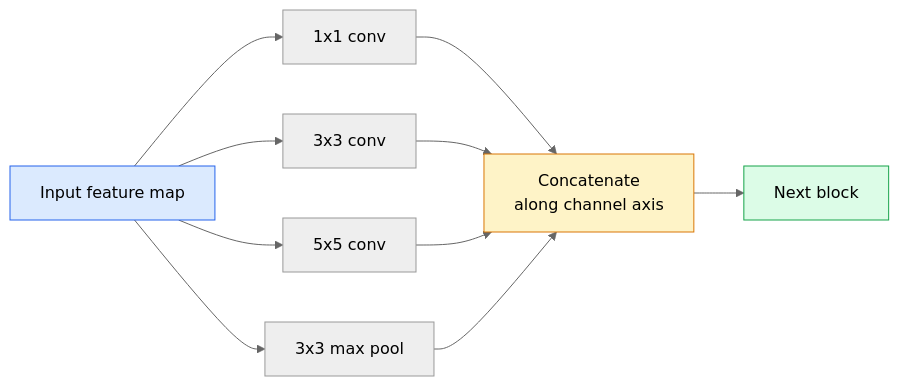
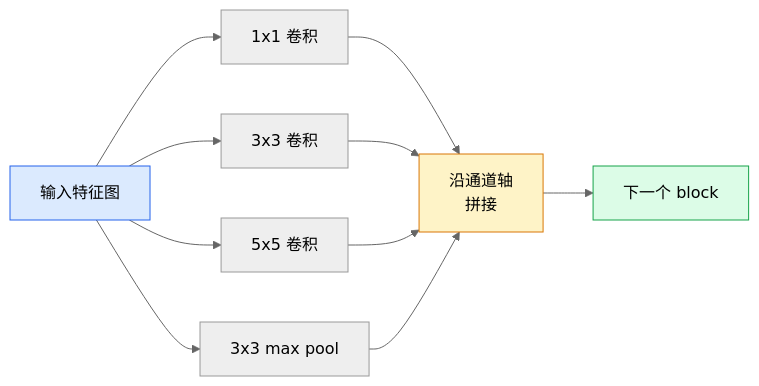
Before and after one commit to JerryC8080/ai-engineering-from-scratch-zh: the second of 3 diagrams in phases/04-computer-vision/03-cnns-lenet-to-resnet/docs/zh.md, drawn with Mermaid (neutral theme). The commit also changed other lines of this file and 156 other files, not shown here.

First line of the commit message:
i18n(zh): translate mermaid diagram labels in 157 lesson zh.md

````diff
--- a/phases/04-computer-vision/03-cnns-lenet-to-resnet/docs/zh.md
+++ b/phases/04-computer-vision/03-cnns-lenet-to-resnet/docs/zh.md
@@ -85,16 +85,16 @@
 ```mermaid
 flowchart LR
-    IN["Input feature map"] --> A["1x1 conv"]
-    IN --> B["3x3 conv"]
-    IN --> C["5x5 conv"]
+    IN["输入特征图"] --> A["1x1 卷积"]
+    IN --> B["3x3 卷积"]
+    IN --> C["5x5 卷积"]
     IN --> D["3x3 max pool"]
-    A --> CAT["Concatenate<br/>along channel axis"]
+    A --> CAT["沿通道轴<br/>拼接"]
     B --> CAT
     C --> CAT
     D --> CAT
-    CAT --> OUT["Next block"]
+    CAT --> OUT["下一个 block"]
 
     style IN fill:#dbeafe,stroke:#2563eb
     style CAT fill:#fef3c7,stroke:#d97706
     style OUT fill:#dcfce7,stroke:#16a34a
 ```
````
